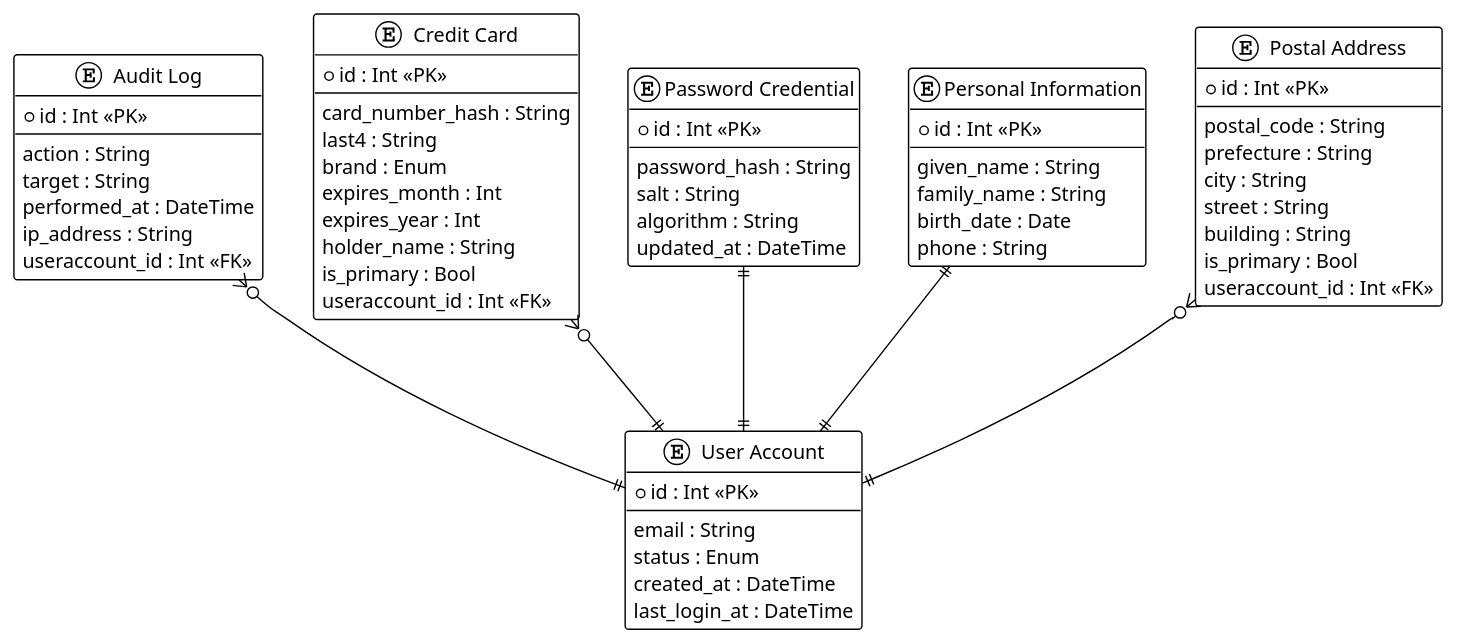
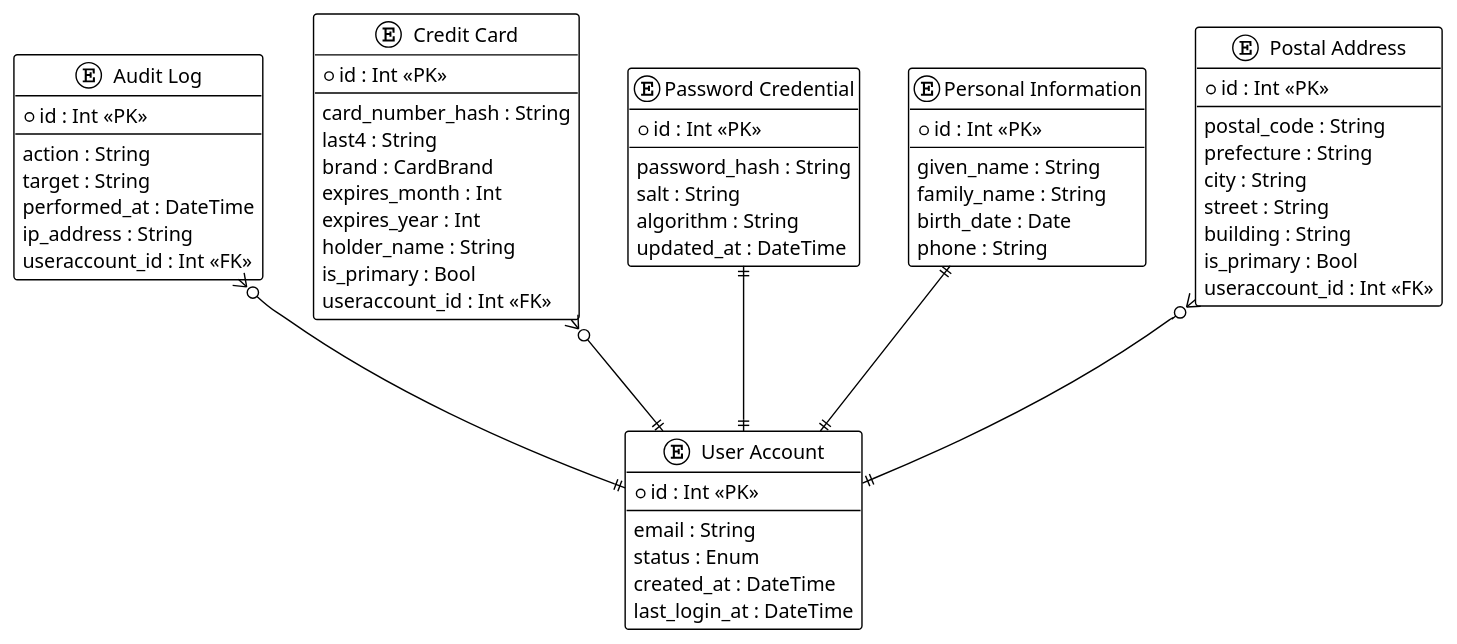
The diagram in samples/personal-info/out/er.puml (manji-0/rdra-ish-dsl), drawn with PlantUML before and after one commit. The commit also changed 12 other files, not shown here.

```diff
--- a/samples/personal-info/out/er.puml
+++ b/samples/personal-info/out/er.puml
@@ -1,66 +1,66 @@
 @startuml
 !theme plain
 
 entity "Audit Log" as AuditLog {
   *id : Int <<PK>>
   --
   action : String
   target : String
   performed_at : DateTime
   ip_address : String
   useraccount_id : Int <<FK>>
 }
 entity "Credit Card" as CreditCard {
   *id : Int <<PK>>
   --
   card_number_hash : String
   last4 : String
-  brand : Enum
+  brand : CardBrand
   expires_month : Int
   expires_year : Int
   holder_name : String
   is_primary : Bool
   useraccount_id : Int <<FK>>
 }
 entity "Password Credential" as PasswordCredential {
   *id : Int <<PK>>
   --
   password_hash : String
   salt : String
   algorithm : String
   updated_at : DateTime
 }
 entity "Personal Information" as PersonalInfo {
   *id : Int <<PK>>
   --
   given_name : String
   family_name : String
   birth_date : Date
   phone : String
 }
 entity "Postal Address" as PostalAddress {
   *id : Int <<PK>>
   --
   postal_code : String
   prefecture : String
   city : String
   street : String
   building : String
   is_primary : Bool
   useraccount_id : Int <<FK>>
 }
 entity "User Account" as UserAccount {
   *id : Int <<PK>>
   --
   email : String
   status : Enum
   created_at : DateTime
   last_login_at : DateTime
 }
 
 PersonalInfo ||--|| UserAccount : ""
 PostalAddress }o--|| UserAccount : ""
 CreditCard }o--|| UserAccount : ""
 PasswordCredential ||--|| UserAccount : ""
 AuditLog }o--|| UserAccount : ""
 @enduml
```
